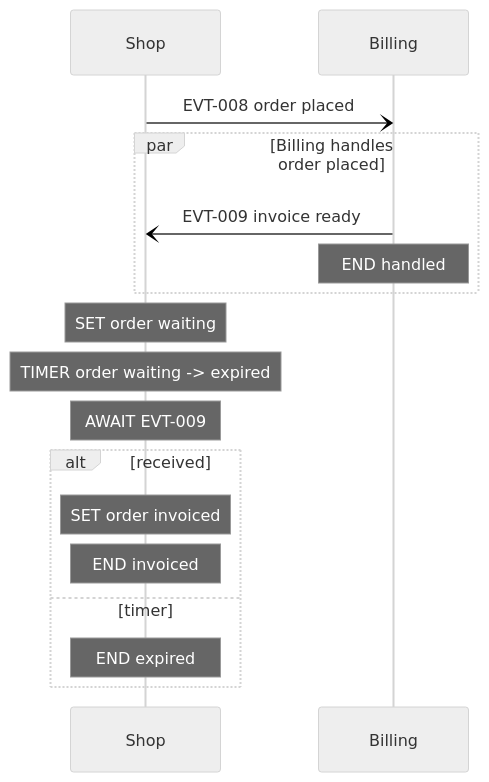
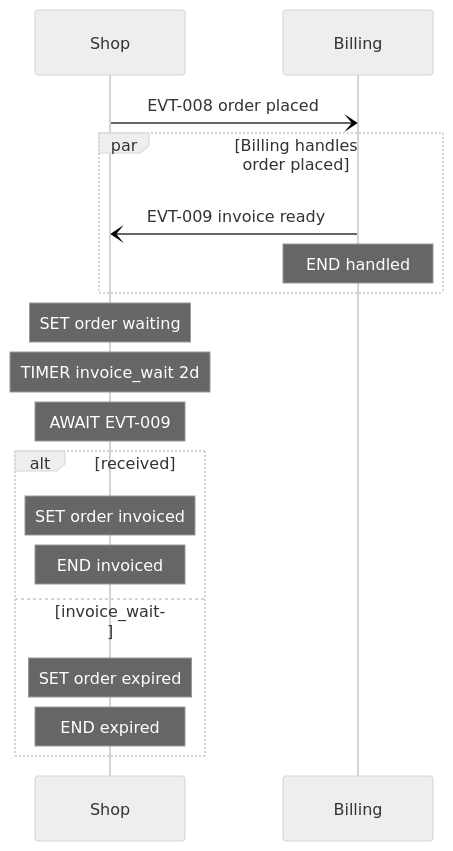
Before and after one commit to smalls257/vela: the diagram in tests/fixtures/flowcheck/17-lost-event-with-timer/06-runtime/flows/FLO-008-17-lost-event-with-timer.md, drawn with Mermaid (neutral theme). The commit also changed 78 other files, not shown here.

````diff
--- a/tests/fixtures/flowcheck/17-lost-event-with-timer/06-runtime/flows/FLO-008-17-lost-event-with-timer.md
+++ b/tests/fixtures/flowcheck/17-lost-event-with-timer/06-runtime/flows/FLO-008-17-lost-event-with-timer.md
@@ -10,19 +10,20 @@
 ```mermaid
 sequenceDiagram
 participant S as Shop
 participant B as Billing
 S-)B: EVT-008 order placed
 par Billing handles order placed
     B-)S: EVT-009 invoice ready
     Note over B: END handled
 end
 Note over S: SET order waiting
-Note over S: TIMER order waiting -> expired
+Note over S: TIMER invoice_wait 2d
 Note over S: AWAIT EVT-009
 alt received
     Note over S: SET order invoiced
     Note over S: END invoiced
-else timer
+else invoice_wait
+    Note over S: SET order expired
     Note over S: END expired
 end
 ```
````
